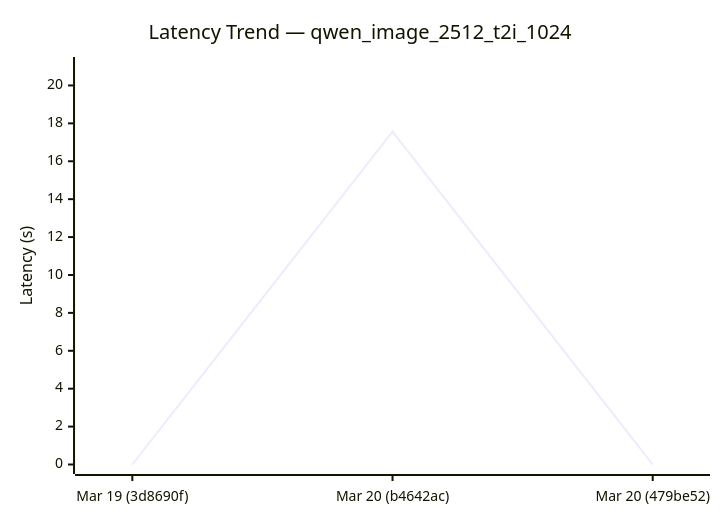
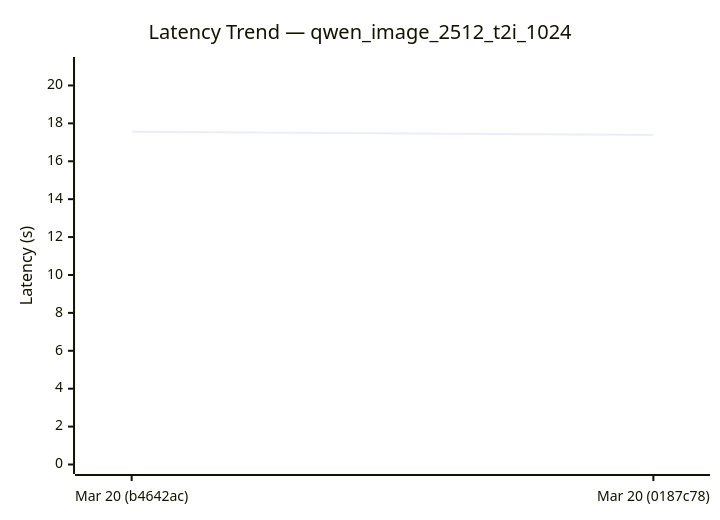
One commit to sglang-bot/sglang-ci-data changed the second of 6 diagrams in diffusion-comparisons/dashboard.md. Above: the diagram before and after it, drawn with Mermaid. The commit also changed other lines of this file and 1 other file, not shown here.

````diff
--- a/diffusion-comparisons/dashboard.md
+++ b/diffusion-comparisons/dashboard.md
@@ -55,7 +43,7 @@
 ```mermaid
 xychart-beta
   title "Latency Trend — qwen_image_2512_t2i_1024"
-  x-axis ["Mar 19 (3d8690f)", "Mar 20 (b4642ac)", "Mar 20 (479be52)"]
+  x-axis ["Mar 20 (b4642ac)", "Mar 20 (0187c78)"]
   y-axis "Latency (s)" 0 --> 21
-  line [0.00, 17.56, 0.00]
+  line [17.56, 17.39]
 ```
````
